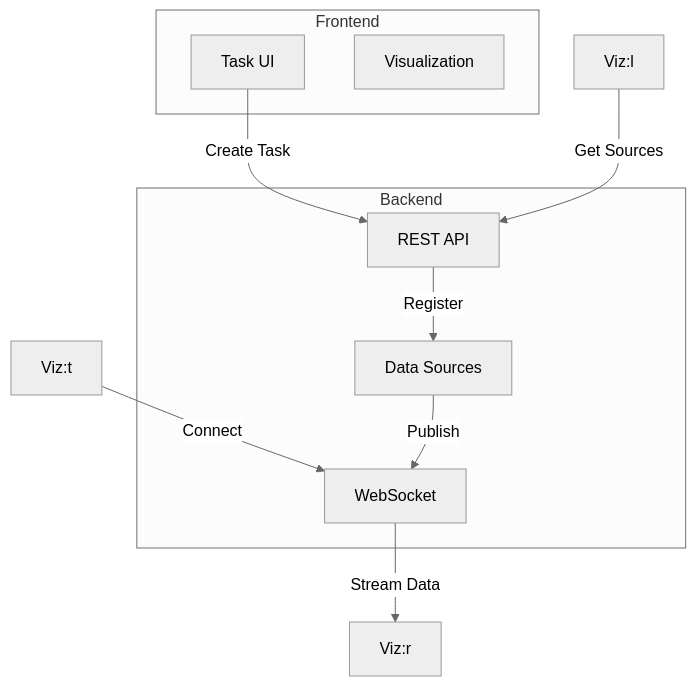
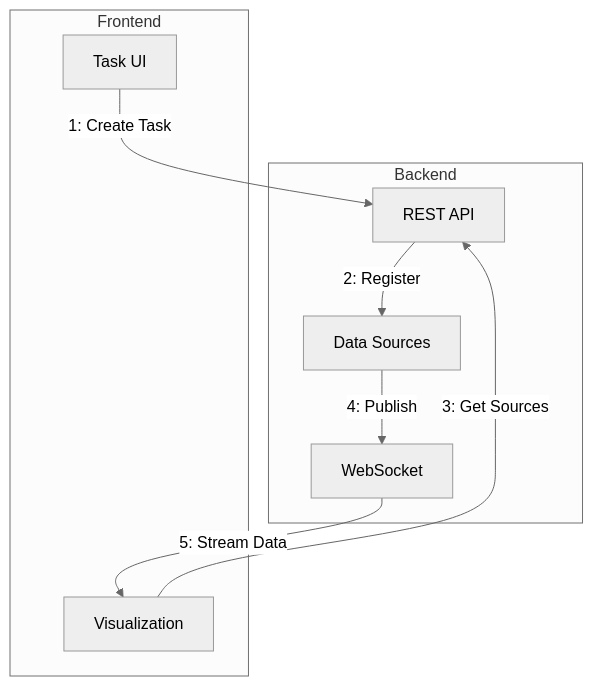
The diagram in README.md (tccoult/sdr-cockpit), drawn with Mermaid (neutral theme) before and after one commit.

Commit message:
Simplify diagram with numbered flow sequence
Remove invalid port syntax and redundant Connect arrow.
Add step numbers to clarify the data flow sequence.

````diff
--- a/README.md
+++ b/README.md
@@ -33,20 +33,19 @@
 ```mermaid
 flowchart TB
     subgraph Backend
         API[REST API]
         Sources[Data Sources]
         WS[WebSocket]
     end
 
     subgraph Frontend
         UI[Task UI]
         Viz[Visualization]
     end
 
-    UI -->|"Create Task"| API
-    API -->|"Register"| Sources
-    Viz:l -->|"Get Sources"| API
-    Viz:t -->|"Connect"| WS
-    Sources -->|"Publish"| WS
-    WS -->|"Stream Data"| Viz:r
+    UI -->|"1: Create Task"| API
+    API -->|"2: Register"| Sources
+    Viz -->|"3: Get Sources"| API
+    Sources -->|"4: Publish"| WS
+    WS -->|"5: Stream Data"| Viz
 ```
````
